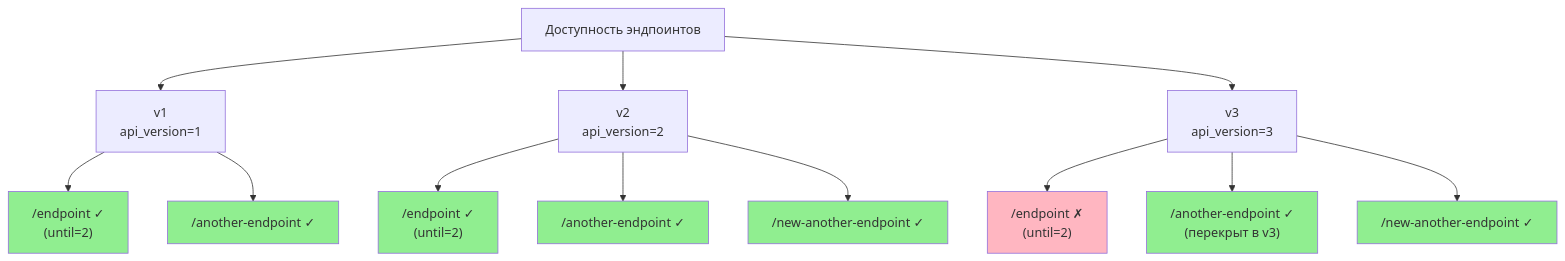
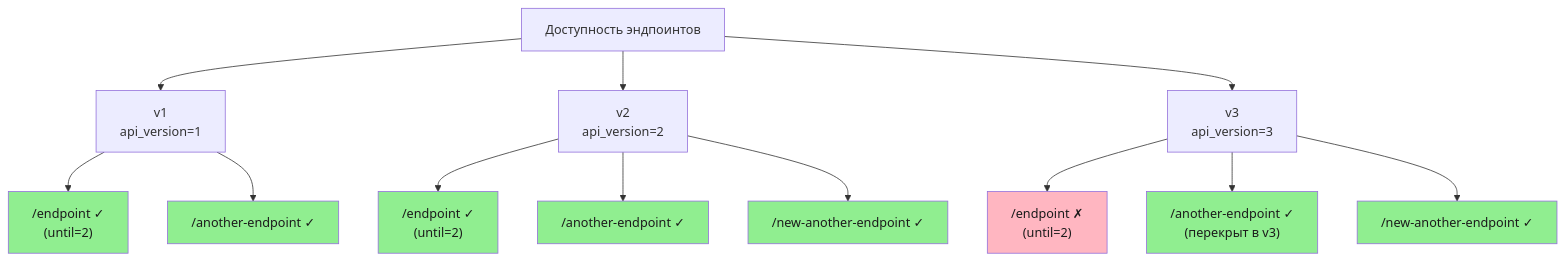
The diagram in docs/ru/examples/simple.md (feodor-ra/fastapi-easy-versioning), drawn with Mermaid before and after one commit. The commit also changed 5 other files, not shown here.

Commit message:
docs: keep mermaid node labels readable in the dark theme

````diff
--- a/docs/ru/examples/simple.md
+++ b/docs/ru/examples/simple.md
@@ -81,31 +81,31 @@
 ```mermaid
 graph TD
     A[Доступность эндпоинтов] --> B[v1<br/>api_version=1]
     A --> C[v2<br/>api_version=2]
     A --> D[v3<br/>api_version=3]
 
     B --> B1["/endpoint ✓<br/>(until=2)"]
     B --> B2["/another-endpoint ✓"]
 
     C --> C1["/endpoint ✓<br/>(until=2)"]
     C --> C2["/another-endpoint ✓"]
     C --> C3["/new-another-endpoint ✓"]
 
     D --> D1["/endpoint ✗<br/>(until=2)"]
     D --> D2["/another-endpoint ✓<br/>(перекрыт в v3)"]
     D --> D3["/new-another-endpoint ✓"]
 
-    style B1 fill:#90EE90
-    style B2 fill:#90EE90
+    style B1 fill:#90EE90,color:#1b1b1b
+    style B2 fill:#90EE90,color:#1b1b1b
 
-    style C1 fill:#90EE90
-    style C2 fill:#90EE90
-    style C3 fill:#90EE90
+    style C1 fill:#90EE90,color:#1b1b1b
+    style C2 fill:#90EE90,color:#1b1b1b
+    style C3 fill:#90EE90,color:#1b1b1b
 
-    style D1 fill:#FFB6C1
-    style D2 fill:#90EE90
-    style D3 fill:#90EE90
+    style D1 fill:#FFB6C1,color:#1b1b1b
+    style D2 fill:#90EE90,color:#1b1b1b
+    style D3 fill:#90EE90,color:#1b1b1b
 
-    classDef available fill:#90EE90,stroke:#333;
-    classDef notAvailable fill:#FFB6C1,stroke:#333;
+    classDef available fill:#90EE90,color:#1b1b1b,stroke:#333;
+    classDef notAvailable fill:#FFB6C1,color:#1b1b1b,stroke:#333;
 ```
````
